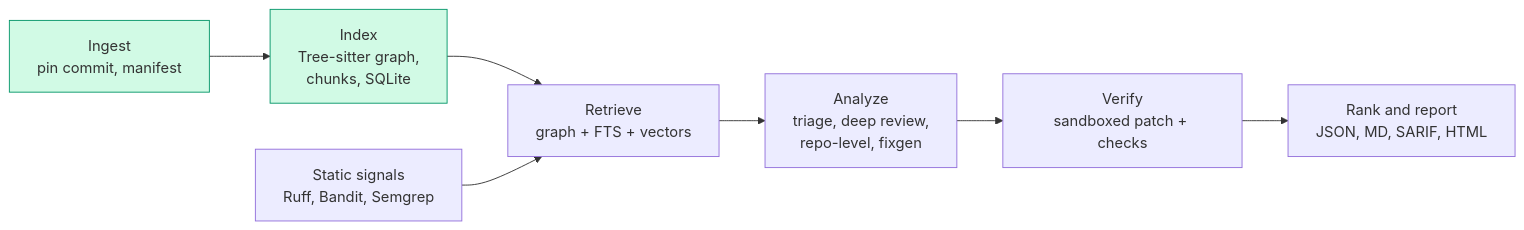
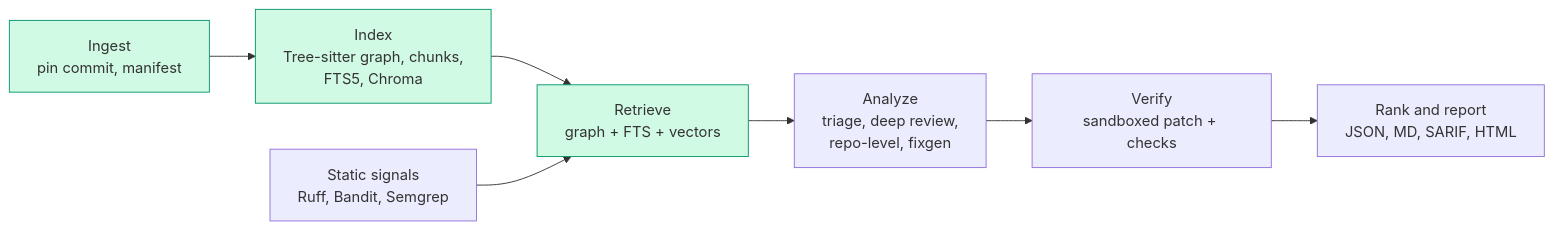
The diagram in README.md (DivyanshuGaba/AI-code-reviewer), drawn with Mermaid before and after one commit. The commit also changed other lines of this file, not shown here.

````diff
--- a/README.md
+++ b/README.md
@@ -12,11 +12,11 @@
 ```mermaid
 flowchart LR
-    A[Ingest<br/>pin commit, manifest] --> B[Index<br/>Tree-sitter graph,<br/>chunks, SQLite]
+    A[Ingest<br/>pin commit, manifest] --> B[Index<br/>Tree-sitter graph, chunks,<br/>FTS5, Chroma]
     B --> C[Retrieve<br/>graph + FTS + vectors]
     S[Static signals<br/>Ruff, Bandit, Semgrep] --> C
     C --> D[Analyze<br/>triage, deep review,<br/>repo-level, fixgen]
     D --> E[Verify<br/>sandboxed patch + checks]
     E --> F[Rank and report<br/>JSON, MD, SARIF, HTML]
     classDef done fill:#d1fae5,stroke:#059669;
-    class A,B done;
+    class A,B,C done;
 ```
````
